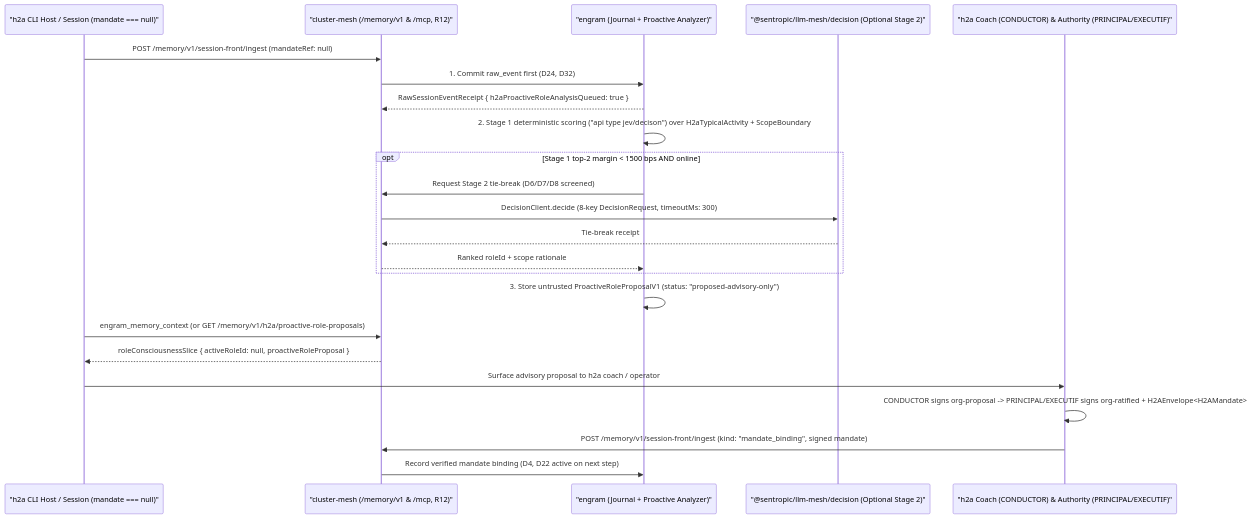
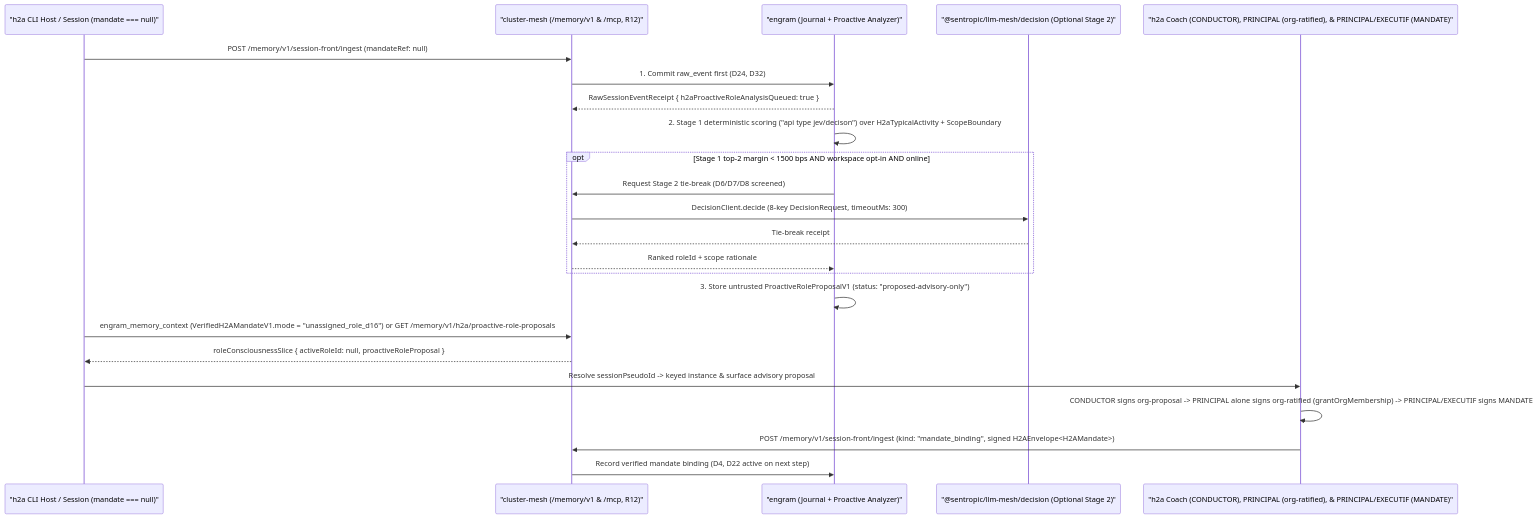
Before and after one commit to rhanka/engram: the second of 2 diagrams in spec/SPEC_ENGRAM_H2A_ROLE_ONTOLOGY_AND_HARNESS_OVERLAYS.md, drawn with Mermaid. The commit also changed other lines of this file and 1 other file, not shown here.

Commit message:
spec(memory): fold the h2a review into Spec 4

````diff
--- a/spec/SPEC_ENGRAM_H2A_ROLE_ONTOLOGY_AND_HARNESS_OVERLAYS.md
+++ b/spec/SPEC_ENGRAM_H2A_ROLE_ONTOLOGY_AND_HARNESS_OVERLAYS.md
@@ -269,26 +278,26 @@
 ```mermaid
 sequenceDiagram
     participant Host as "h2a CLI Host / Session (mandate === null)"
     participant Mesh as "cluster-mesh (/memory/v1 & /mcp, R12)"
     participant Engram as "engram (Journal + Proactive Analyzer)"
     participant LlmMesh as "@sentropic/llm-mesh/decision (Optional Stage 2)"
-    participant H2AGov as "h2a Coach (CONDUCTOR) & Authority (PRINCIPAL/EXECUTIF)"
+    participant H2AGov as "h2a Coach (CONDUCTOR), PRINCIPAL (org-ratified), & PRINCIPAL/EXECUTIF (MANDATE)"
 
     Host->>Mesh: POST /memory/v1/session-front/ingest (mandateRef: null)
     Mesh->>Engram: 1. Commit raw_event first (D24, D32)
     Engram-->>Mesh: RawSessionEventReceipt { h2aProactiveRoleAnalysisQueued: true }
     Engram->>Engram: 2. Stage 1 deterministic scoring ("api type jev/decison") over H2aTypicalActivity + ScopeBoundary
-    opt Stage 1 top-2 margin < 1500 bps AND online
+    opt Stage 1 top-2 margin < 1500 bps AND workspace opt-in AND online
         Engram->>Mesh: Request Stage 2 tie-break (D6/D7/D8 screened)
         Mesh->>LlmMesh: DecisionClient.decide (8-key DecisionRequest, timeoutMs: 300)
         LlmMesh-->>Mesh: Tie-break receipt
         Mesh-->>Engram: Ranked roleId + scope rationale
     end
     Engram->>Engram: 3. Store untrusted ProactiveRoleProposalV1 (status: "proposed-advisory-only")
-    Host->>Mesh: engram_memory_context (or GET /memory/v1/h2a/proactive-role-proposals)
+    Host->>Mesh: engram_memory_context (VerifiedH2AMandateV1.mode = "unassigned_role_d16") or GET /memory/v1/h2a/proactive-role-proposals
     Mesh-->>Host: roleConsciousnessSlice { activeRoleId: null, proactiveRoleProposal }
-    Host->>H2AGov: Surface advisory proposal to h2a coach / operator
-    H2AGov->>H2AGov: CONDUCTOR signs org-proposal -> PRINCIPAL/EXECUTIF signs org-ratified + H2AEnvelope<H2AMandate>
-    H2AGov->>Mesh: POST /memory/v1/session-front/ingest (kind: "mandate_binding", signed mandate)
+    Host->>H2AGov: Resolve sessionPseudoId -> keyed instance & surface advisory proposal
+    H2AGov->>H2AGov: CONDUCTOR signs org-proposal -> PRINCIPAL alone signs org-ratified (grantOrgMembership) -> PRINCIPAL/EXECUTIF signs MANDATE
+    H2AGov->>Mesh: POST /memory/v1/session-front/ingest (kind: "mandate_binding", signed H2AEnvelope<H2AMandate>)
     Mesh->>Engram: Record verified mandate binding (D4, D22 active on next step)
 ```
````
